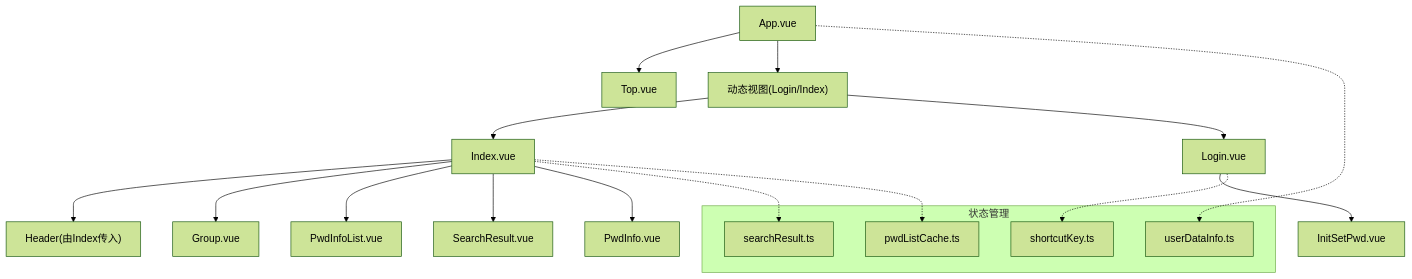
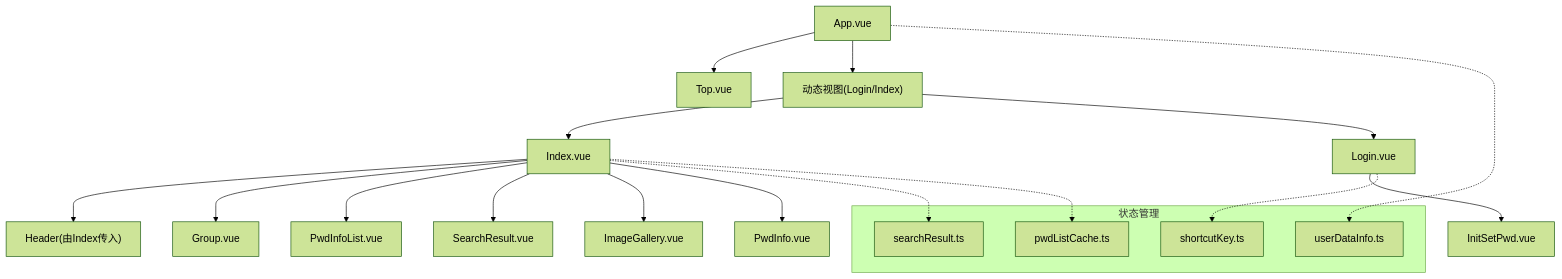
The fifth of 8 diagrams in .qoder/repowiki/zh/content/架构设计/前端Vue架构设计.md (scgithub3220216/password-manager), drawn with Mermaid (forest theme) before and after one commit. The commit also changed other lines of this file and 9 other files, not shown here.

First line of the commit message:
feat(sync): 新增图像数据同步支持

````diff
--- a/.qoder/repowiki/zh/content/架构设计/前端Vue架构设计.md
+++ b/.qoder/repowiki/zh/content/架构设计/前端Vue架构设计.md
@@ -224,23 +267,24 @@
 ```mermaid
 graph TB
 App["App.vue"] --> Top["Top.vue"]
 App --> Dyn["动态视图(Login/Index)"]
 Dyn --> Index["Index.vue"]
 Dyn --> Login["Login.vue"]
 Index --> Header["Header(由Index传入)"]
 Index --> Group["Group.vue"]
 Index --> List["PwdInfoList.vue"]
 Index --> Search["SearchResult.vue"]
+Index --> Gallery["ImageGallery.vue"]
 Index --> Detail["PwdInfo.vue"]
 Login --> Init["InitSetPwd.vue"]
 subgraph "状态管理"
 UserData["userDataInfo.ts"]
 SearchRes["searchResult.ts"]
 PwdCache["pwdListCache.ts"]
 Shortcut["shortcutKey.ts"]
 end
 App -.-> UserData
 Index -.-> SearchRes
 Index -.-> PwdCache
 Login -.-> Shortcut
 ```
````
